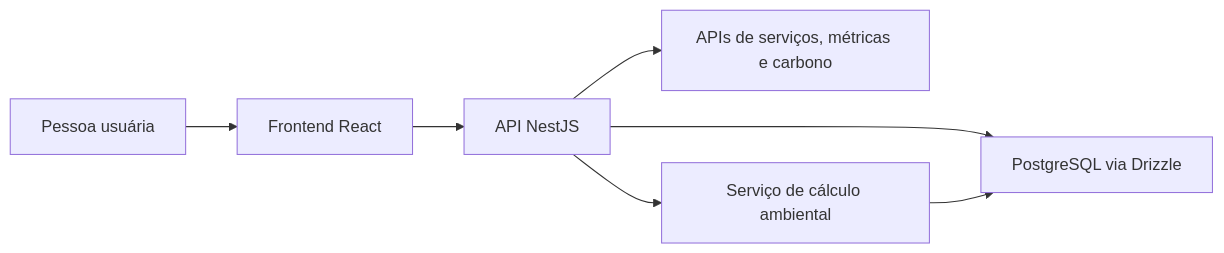
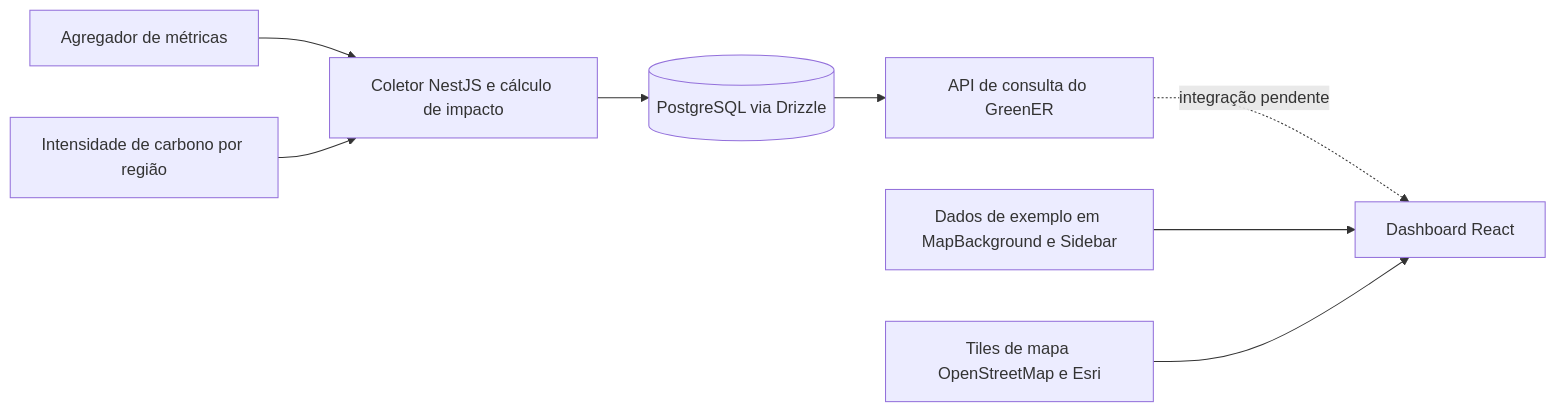
Before and after one commit to 404NotFound-ABP/greener: the diagram in docs/arquitetura.md, drawn with Mermaid. The commit also changed other lines of this file and 17 other files, not shown here.

````diff
--- a/docs/arquitetura.md
+++ b/docs/arquitetura.md
@@ -29,9 +7,10 @@
 ```mermaid
 flowchart LR
-    U["Pessoa usuária"] --> FE["Frontend React"]
-    FE --> BE["API NestJS"]
-    BE --> EXT["APIs de serviços, métricas e carbono"]
-    BE --> DB["PostgreSQL via Drizzle"]
-    BE --> CALC["Serviço de cálculo ambiental"]
-    CALC --> DB
+    A["Agregador de métricas"] --> C["Coletor NestJS e cálculo de impacto"]
+    R["Intensidade de carbono por região"] --> C
+    C --> D[("PostgreSQL via Drizzle")]
+    D --> B["API de consulta do GreenER"]
+    B -. "integração pendente" .-> F["Dashboard React"]
+    M["Dados de exemplo em MapBackground e Sidebar"] --> F
+    T["Tiles de mapa OpenStreetMap e Esri"] --> F
 ```
````
